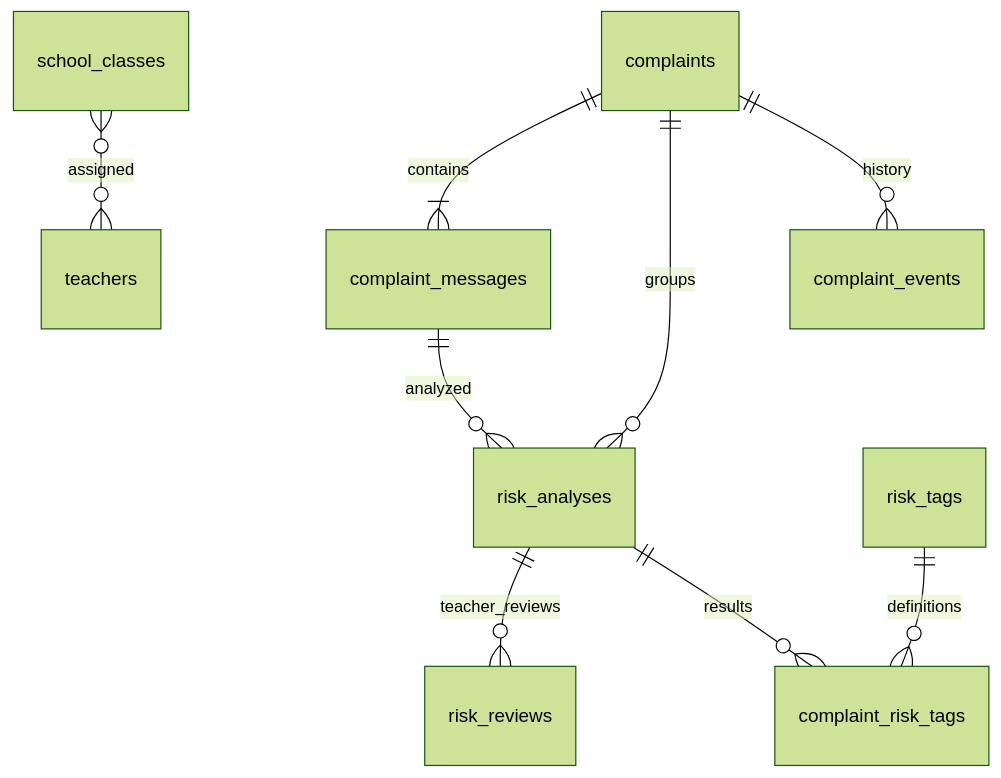
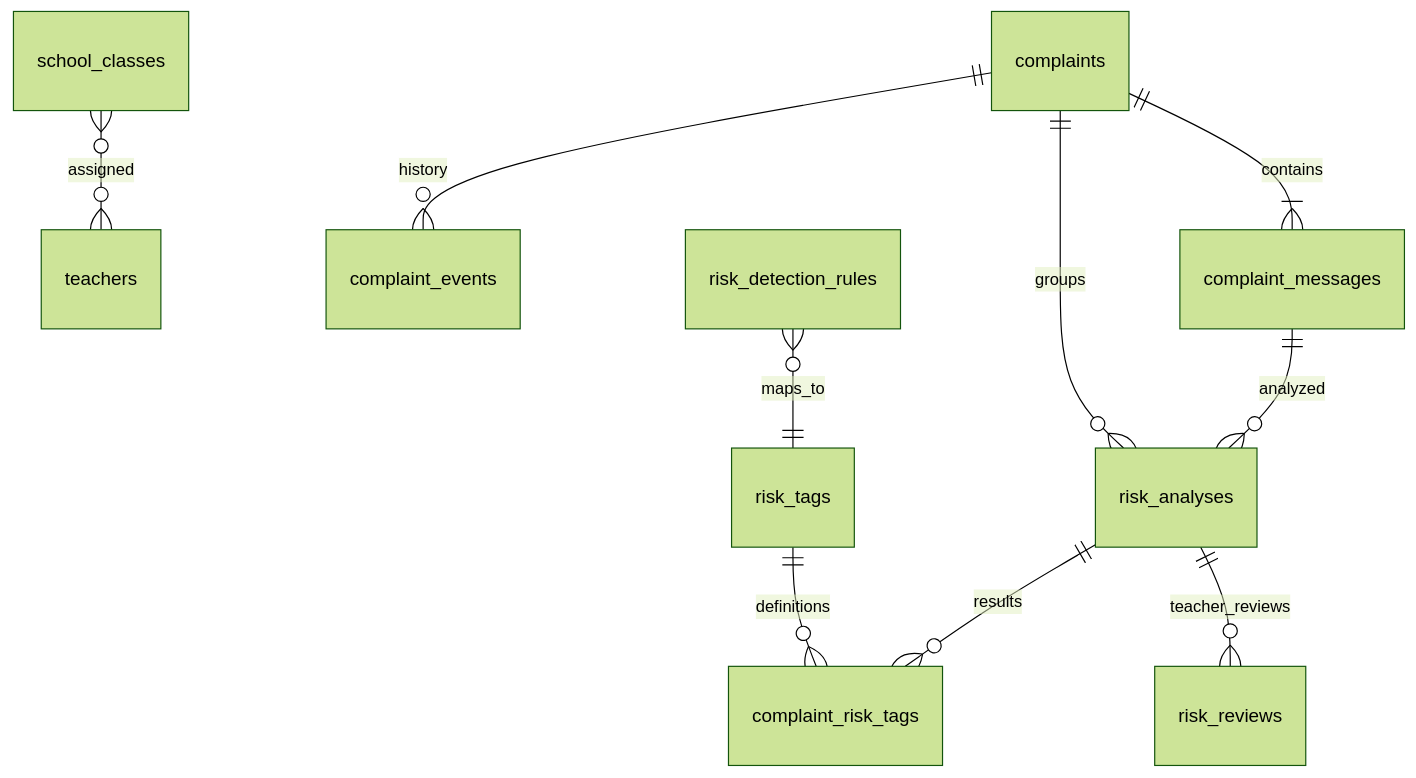
The diagram in docs/risk-analysis-erd.md (ai-sangsang-challenge-team4/Backend), drawn with Mermaid (forest theme) before and after one commit. The commit also changed other lines of this file and 21 other files, not shown here.

````diff
--- a/docs/risk-analysis-erd.md
+++ b/docs/risk-analysis-erd.md
@@ -3,11 +3,12 @@
 ```mermaid
 erDiagram
     complaints ||--|{ complaint_messages : contains
     school_classes }o--o{ teachers : assigned
     complaint_messages ||--o{ risk_analyses : analyzed
     complaints ||--o{ risk_analyses : groups
     risk_analyses ||--o{ risk_reviews : teacher_reviews
     risk_analyses ||--o{ complaint_risk_tags : results
     risk_tags ||--o{ complaint_risk_tags : definitions
+    risk_detection_rules }o--|| risk_tags : maps_to
     complaints ||--o{ complaint_events : history
 ```
````
